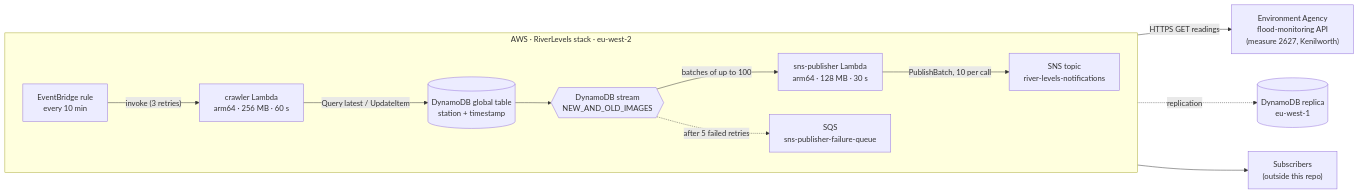
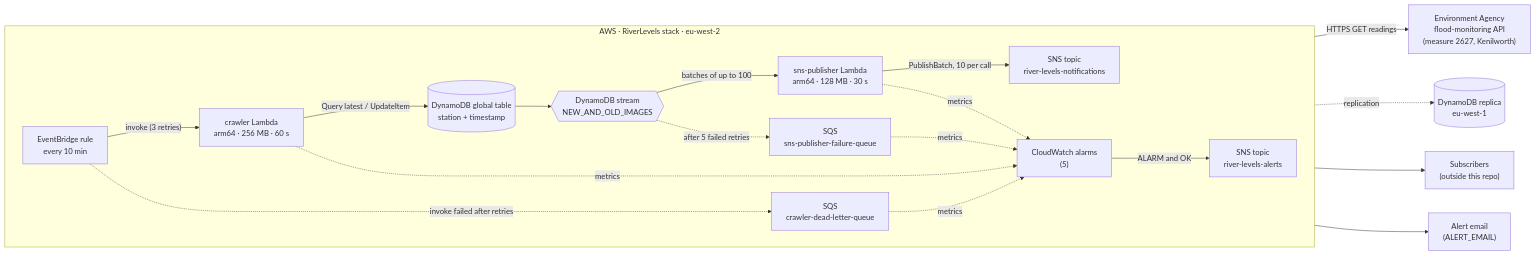
Before and after one commit to daveshepherd/river-levels: the first of 4 diagrams in docs/infrastructure.md, drawn with Mermaid. The commit also changed other lines of this file and 18 other files, not shown here.

First line of the commit message:
feat(storage-stack): email alerts for crawler and notification failures (#537)

````diff
--- a/docs/infrastructure.md
+++ b/docs/infrastructure.md
@@ -12,28 +12,36 @@
 ```mermaid
 flowchart LR
   ea["Environment Agency<br/>flood-monitoring API<br/>(measure 2627, Kenilworth)"]
 
   subgraph aws["AWS · RiverLevels stack · eu-west-2"]
     direction LR
     rule["EventBridge rule<br/>every 10 min"]
     crawler["crawler Lambda<br/>arm64 · 256 MB · 60 s"]
     table[("DynamoDB global table<br/>station + timestamp")]
     stream{{"DynamoDB stream<br/>NEW_AND_OLD_IMAGES"}}
     publisher["sns-publisher Lambda<br/>arm64 · 128 MB · 30 s"]
     topic["SNS topic<br/>river-levels-notifications"]
     dlq["SQS<br/>sns-publisher-failure-queue"]
+    crawlerdlq["SQS<br/>crawler-dead-letter-queue"]
+    alarms["CloudWatch alarms<br/>(5)"]
+    alerts["SNS topic<br/>river-levels-alerts"]
   end
 
   replica[("DynamoDB replica<br/>eu-west-1")]
   subs["Subscribers<br/>(outside this repo)"]
+  email["Alert email<br/>(ALERT_EMAIL)"]
 
   rule -- "invoke (3 retries)" --> crawler
+  rule -. "invoke failed after retries" .-> crawlerdlq
   crawler -- "HTTPS GET readings" --> ea
   crawler -- "Query latest / UpdateItem" --> table
   table -. "replication" .-> replica
   table --> stream
   stream -- "batches of up to 100" --> publisher
   publisher -- "PublishBatch, 10 per call" --> topic
   stream -. "after 5 failed retries" .-> dlq
   topic --> subs
+  crawler & publisher & dlq & crawlerdlq -. "metrics" .-> alarms
+  alarms -- "ALARM and OK" --> alerts
+  alerts --> email
 ```
````
